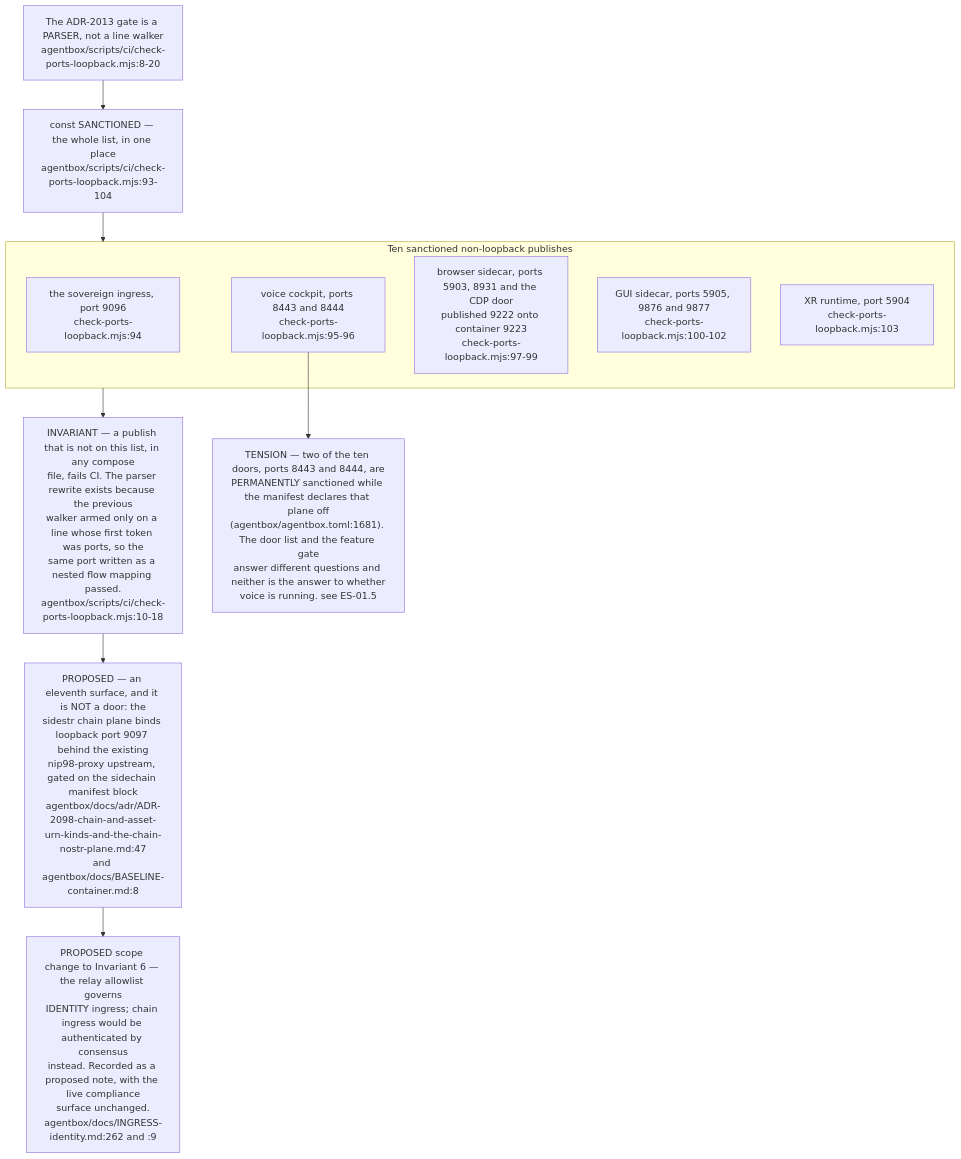
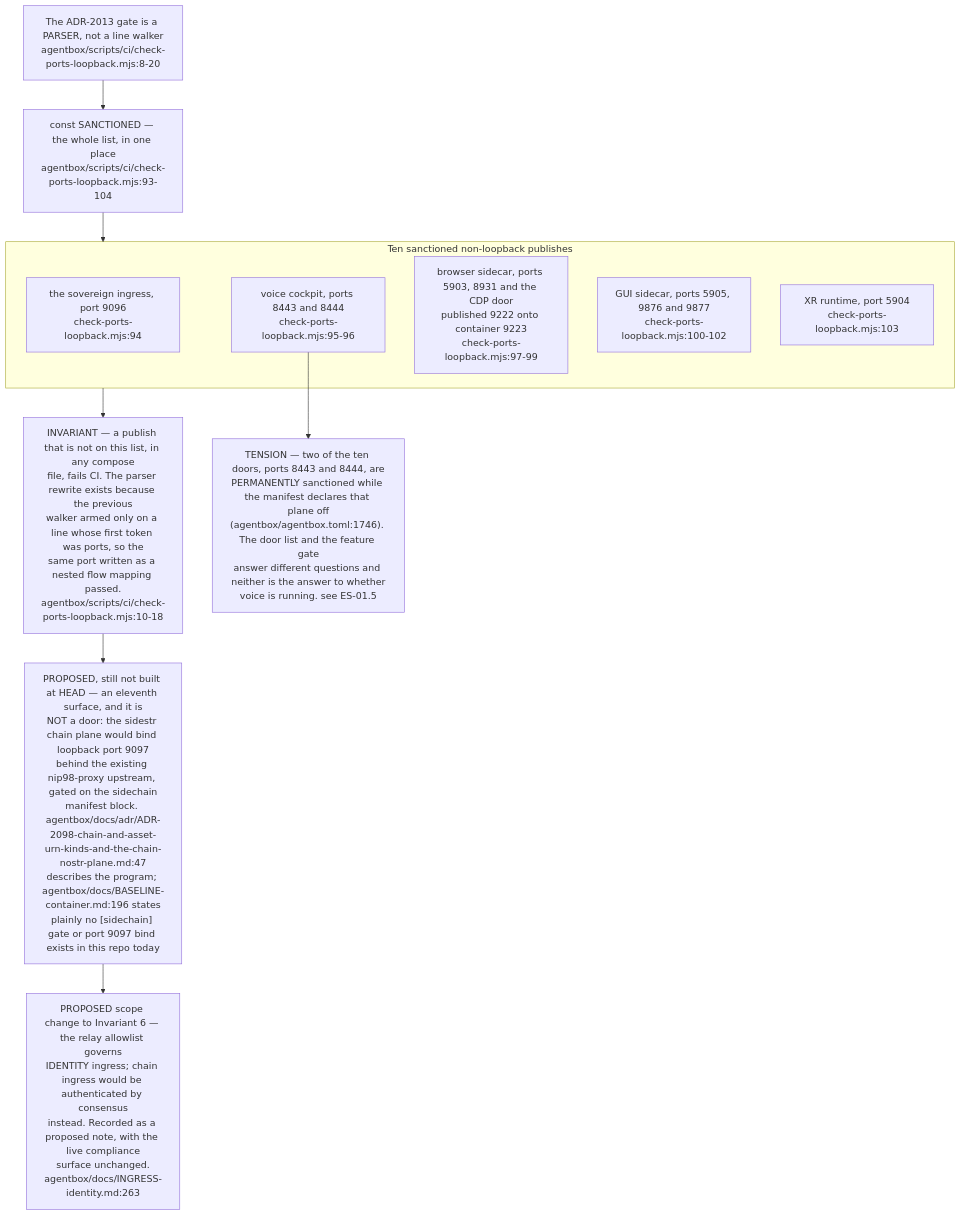
The tenth of 10 diagrams in docs/diagrams/estate/10-deployment-and-security-profiles.md (DreamLab-AI/VisionFlow), drawn with Mermaid before and after one commit. The commit also changed other lines of this file and 136 other files, not shown here.

First line of the commit message:
docs(diagrams): refresh the whole corpus to code HEAD and prune low-value diagrams

````diff
--- a/docs/diagrams/estate/10-deployment-and-security-profiles.md
+++ b/docs/diagrams/estate/10-deployment-and-security-profiles.md
@@ -398,27 +375,27 @@
 ```mermaid
 flowchart TB
     GATE["The ADR-2013 gate is a PARSER, not a line walker<br/>agentbox/scripts/ci/check-ports-loopback.mjs:8-20"]
     LIST["const SANCTIONED — the whole list, in one place<br/>agentbox/scripts/ci/check-ports-loopback.mjs:93-104"]
     GATE --> LIST
 
     subgraph DOORS["Ten sanctioned non-loopback publishes"]
         D0["the sovereign ingress, port 9096<br/>check-ports-loopback.mjs:94"]
         D1["voice cockpit, ports 8443 and 8444<br/>check-ports-loopback.mjs:95-96"]
         D2["browser sidecar, ports 5903, 8931 and the CDP door<br/>published 9222 onto container 9223<br/>check-ports-loopback.mjs:97-99"]
         D3["GUI sidecar, ports 5905, 9876 and 9877<br/>check-ports-loopback.mjs:100-102"]
         D4["XR runtime, port 5904<br/>check-ports-loopback.mjs:103"]
     end
     LIST --> DOORS
 
     INV["INVARIANT — a publish that is not on this list, in any compose<br/>file, fails CI. The parser rewrite exists because the previous<br/>walker armed only on a line whose first token was ports, so the<br/>same port written as a nested flow mapping passed.<br/>agentbox/scripts/ci/check-ports-loopback.mjs:10-18"]
     DOORS --> INV
 
-    PROP["PROPOSED — an eleventh surface, and it is NOT a door: the<br/>sidestr chain plane binds loopback port 9097 behind the existing<br/>nip98-proxy upstream, gated on the sidechain manifest block<br/>agentbox/docs/adr/ADR-2098-chain-and-asset-urn-kinds-and-the-chain-nostr-plane.md:47<br/>and agentbox/docs/BASELINE-container.md:8"]
+    PROP["PROPOSED, still not built at HEAD — an eleventh surface, and it is<br/>NOT a door: the sidestr chain plane would bind loopback port 9097<br/>behind the existing nip98-proxy upstream, gated on the sidechain<br/>manifest block. agentbox/docs/adr/ADR-2098-chain-and-asset-urn-kinds-and-the-chain-nostr-plane.md:47<br/>describes the program; agentbox/docs/BASELINE-container.md:196 states<br/>plainly no [sidechain] gate or port 9097 bind exists in this repo today"]
     INV --> PROP
 
-    NARROW["PROPOSED scope change to Invariant 6 — the relay allowlist governs<br/>IDENTITY ingress; chain ingress would be authenticated by consensus<br/>instead. Recorded as a proposed note, with the live compliance<br/>surface unchanged.<br/>agentbox/docs/INGRESS-identity.md:262 and :9"]
+    NARROW["PROPOSED scope change to Invariant 6 — the relay allowlist governs<br/>IDENTITY ingress; chain ingress would be authenticated by consensus<br/>instead. Recorded as a proposed note, with the live compliance<br/>surface unchanged.<br/>agentbox/docs/INGRESS-identity.md:263"]
     PROP --> NARROW
 
-    TENSION["TENSION — two of the ten doors, ports 8443 and 8444, are<br/>PERMANENTLY sanctioned while the manifest declares that plane off<br/>(agentbox/agentbox.toml:1681). The door list and the feature gate<br/>answer different questions and neither is the answer to whether<br/>voice is running. see ES-01.5"]
+    TENSION["TENSION — two of the ten doors, ports 8443 and 8444, are<br/>PERMANENTLY sanctioned while the manifest declares that plane off<br/>(agentbox/agentbox.toml:1746). The door list and the feature gate<br/>answer different questions and neither is the answer to whether<br/>voice is running. see ES-01.5"]
     D1 --> TENSION
 ```
````
